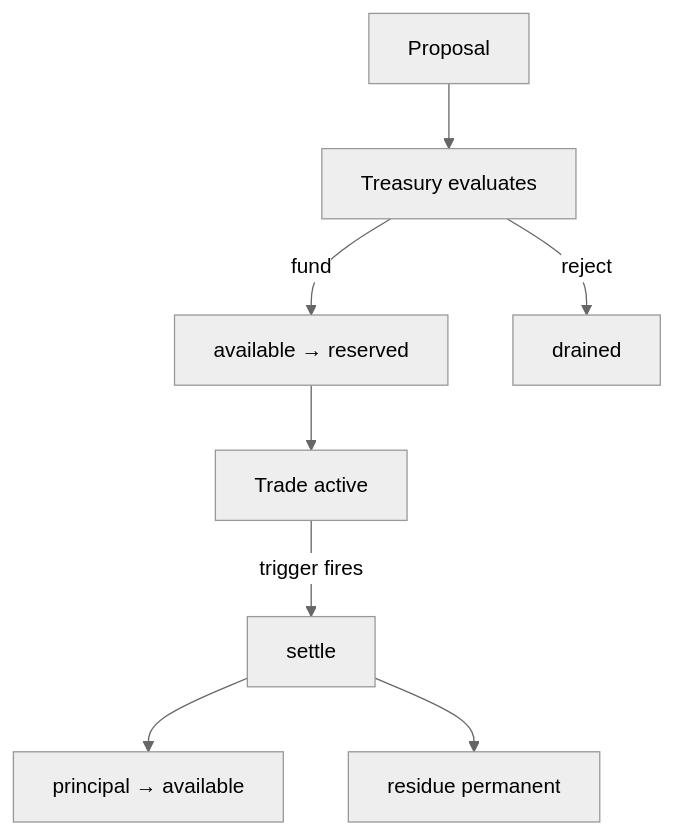
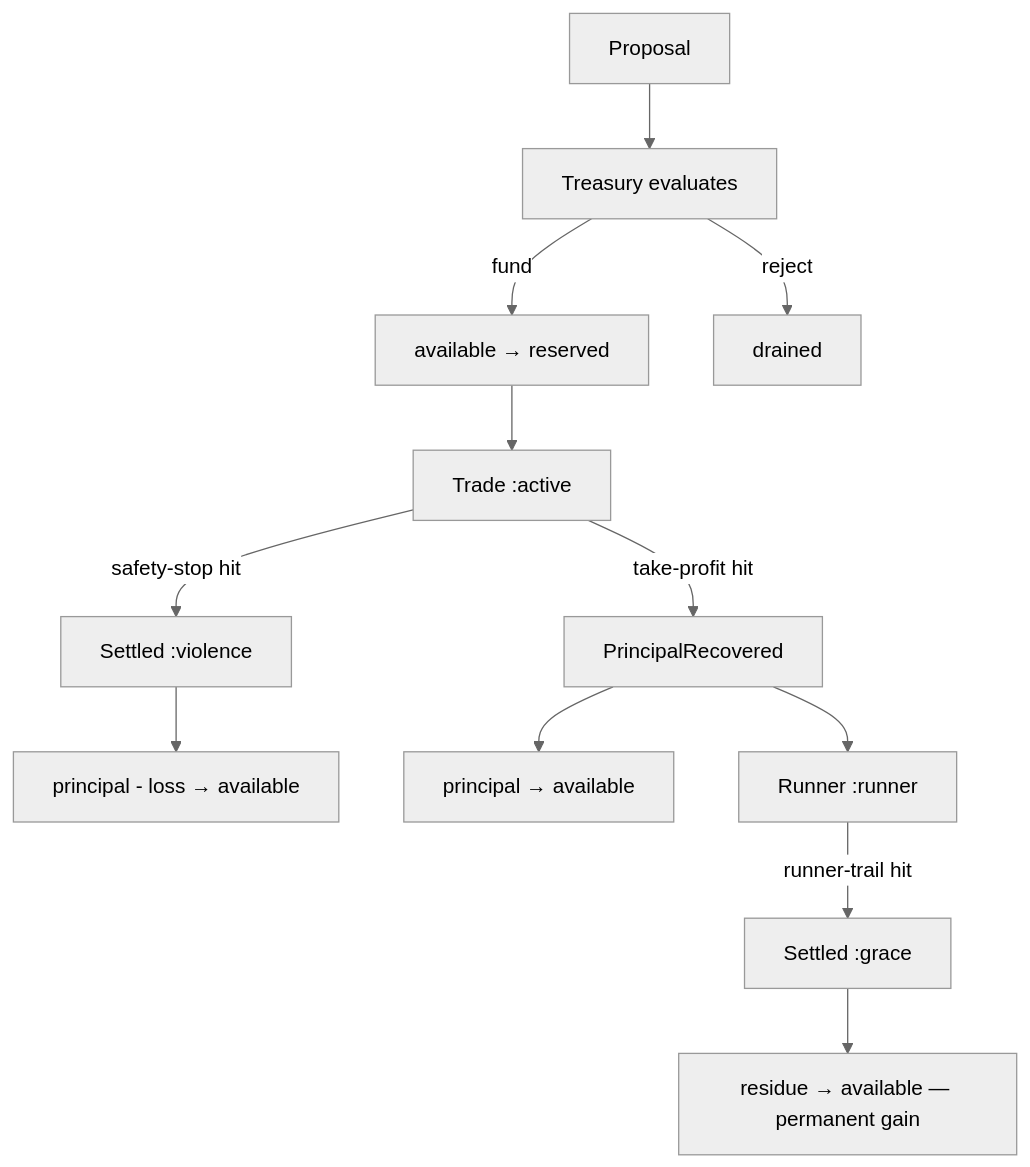
The fifth of 8 diagrams in wat/CIRCUIT.md (watmin/holon-lab-trading), drawn with Mermaid (neutral theme) before and after one commit. The commit also changed other lines of this file, not shown here.

````diff
--- a/wat/CIRCUIT.md
+++ b/wat/CIRCUIT.md
@@ -149,10 +155,14 @@
 ```mermaid
 graph TD
     PR[Proposal] --> TR[Treasury evaluates]
     TR -->|fund| AV[available → reserved]
-    AV --> TD[Trade active]
-    TD -->|trigger fires| SET[settle]
-    SET --> RET[principal → available]
-    SET --> RES[residue permanent]
+    AV --> TD[Trade :active]
+    TD -->|safety-stop hit| SV[Settled :violence]
+    SV --> RET1[principal - loss → available]
+    TD -->|take-profit hit| PR2[PrincipalRecovered]
+    PR2 --> RET2[principal → available]
+    PR2 --> RN[Runner :runner]
+    RN -->|runner-trail hit| SG[Settled :grace]
+    SG --> RES[residue → available — permanent gain]
     TR -->|reject| DR[drained]
 ```
````
